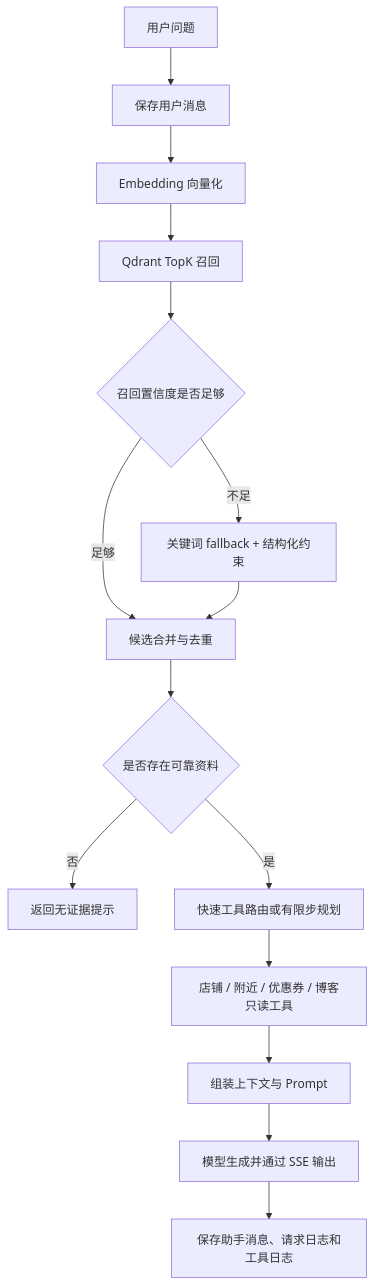
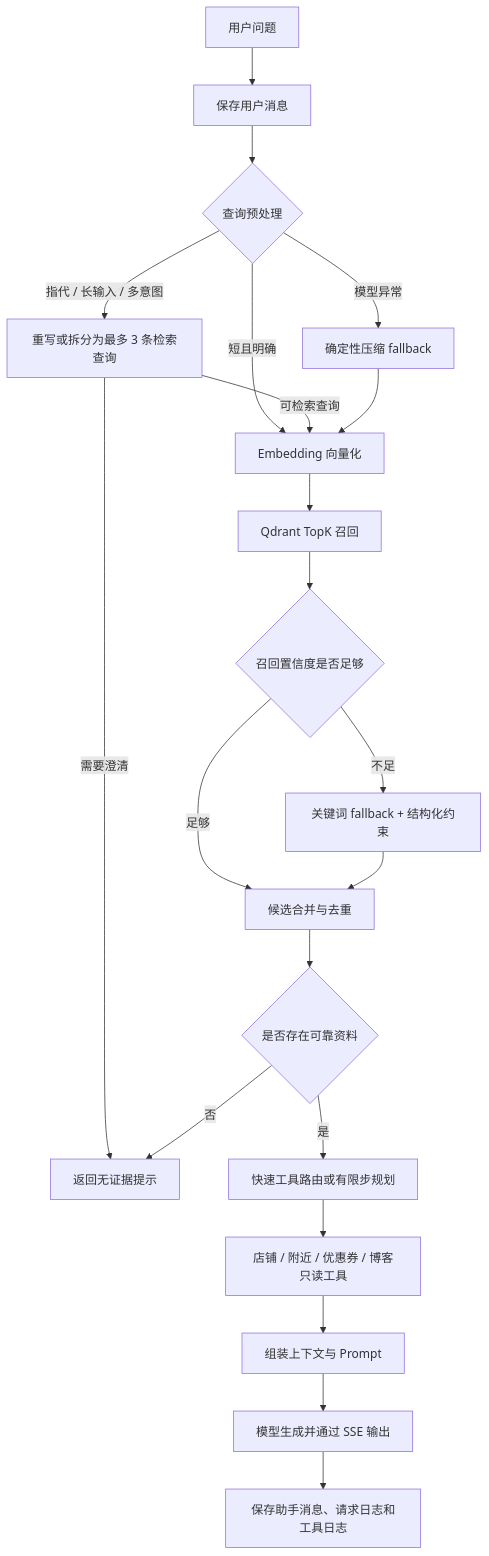
One commit to llyyyq/niche-review changed the fifth of 6 diagrams in README.md. Above: the diagram before and after it, drawn with Mermaid. The commit also changed other lines of this file and 24 other files, not shown here.

````diff
--- a/README.md
+++ b/README.md
@@ -138,17 +138,23 @@
 ```mermaid
 flowchart TD
     A["用户问题"] --> B["保存用户消息"]
-    B --> C["Embedding 向量化"]
+    B --> P{"查询预处理"}
+    P -- "短且明确" --> C["Embedding 向量化"]
+    P -- "指代 / 长输入 / 多意图" --> R["重写或拆分为最多 3 条检索查询"]
+    R -- "需要澄清" --> I["SSE 返回澄清问题"]
+    R -- "可检索查询" --> C
+    P -- "模型异常" --> CF["确定性压缩 fallback"]
+    CF --> C
     C --> D["Qdrant TopK 召回"]
     D --> E{"召回置信度是否足够"}
-    E -- "不足" --> F["关键词 fallback + 结构化约束"]
+    E -- "不足" --> KF["关键词 fallback + 结构化约束"]
     E -- "足够" --> G["候选合并与去重"]
-    F --> G
+    KF --> G
     G --> H{"是否存在可靠资料"}
     H -- "否" --> I["返回无证据提示"]
     H -- "是" --> J["快速工具路由或有限步规划"]
     J --> K["店铺 / 附近 / 优惠券 / 博客只读工具"]
     K --> L["组装上下文与 Prompt"]
     L --> M["模型生成并通过 SSE 输出"]
     M --> N["保存助手消息、请求日志和工具日志"]
 ```
````
